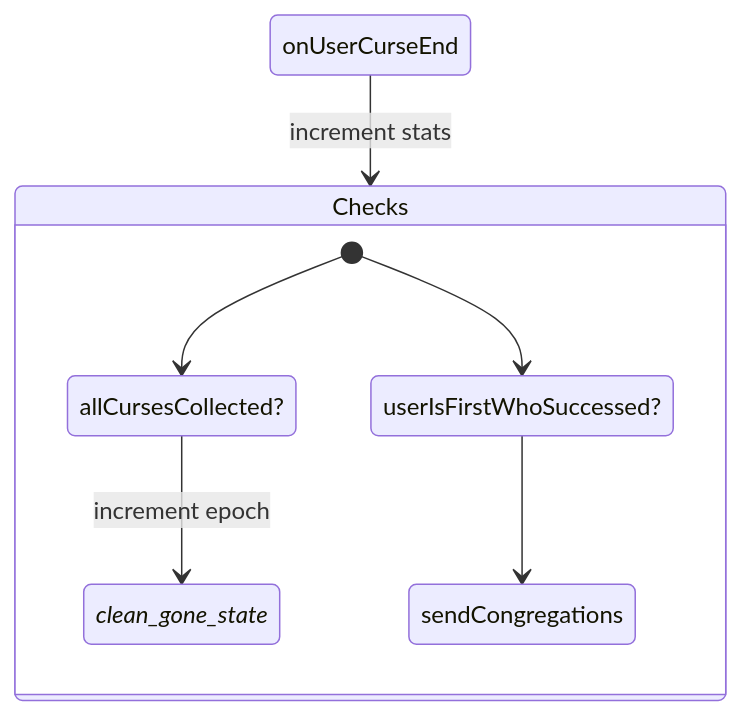
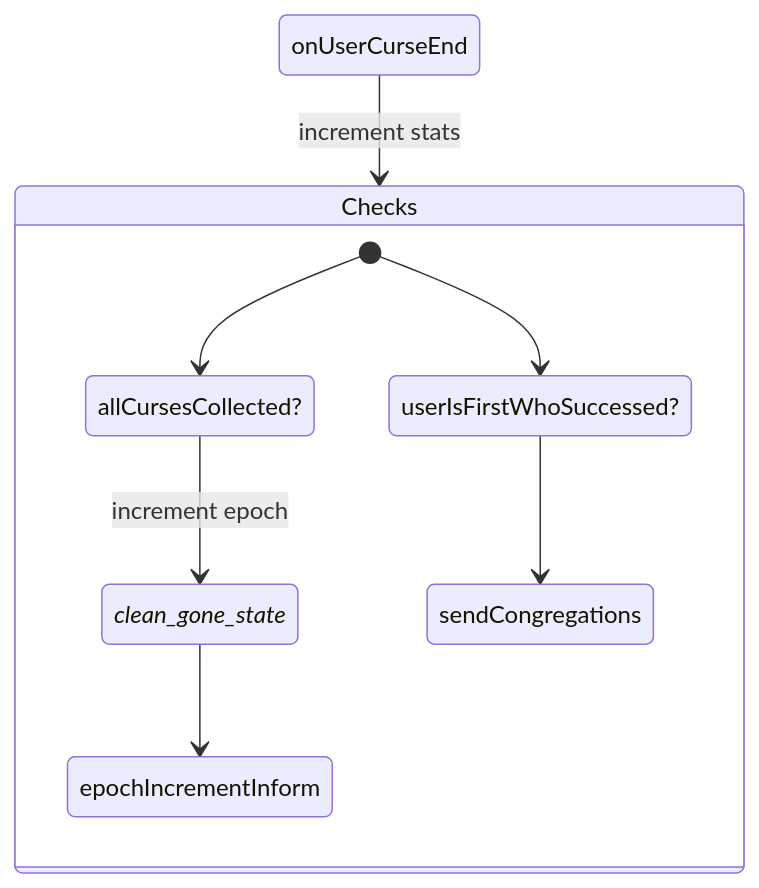
Before and after one commit to zoodogood/1119: the first of 2 diagrams in src/lib/CurseManager/CurseEpochSystem/readme.md, drawn with Mermaid. The commit also changed 1 other file, not shown here.

Commit message:
Add epochIncrementInform
+ Add feature: curseManager: inform developer guild on epoch increment

````diff
--- a/src/lib/CurseManager/CurseEpochSystem/readme.md
+++ b/src/lib/CurseManager/CurseEpochSystem/readme.md
@@ -1,11 +1,12 @@
 ```mermaid
 stateDiagram-v2
     onUserCurseEnd --> Checks: increment stats
 	 state Checks {
 		[*] --> allCursesCollected?
 		[*] --> userIsFirstWhoSuccessed?
 		allCursesCollected? --> *clean_gone_state*: increment epoch
+		*clean_gone_state* --> epochIncrementInform
 		userIsFirstWhoSuccessed? --> sendCongregations
 	 }
     
 ```
````
